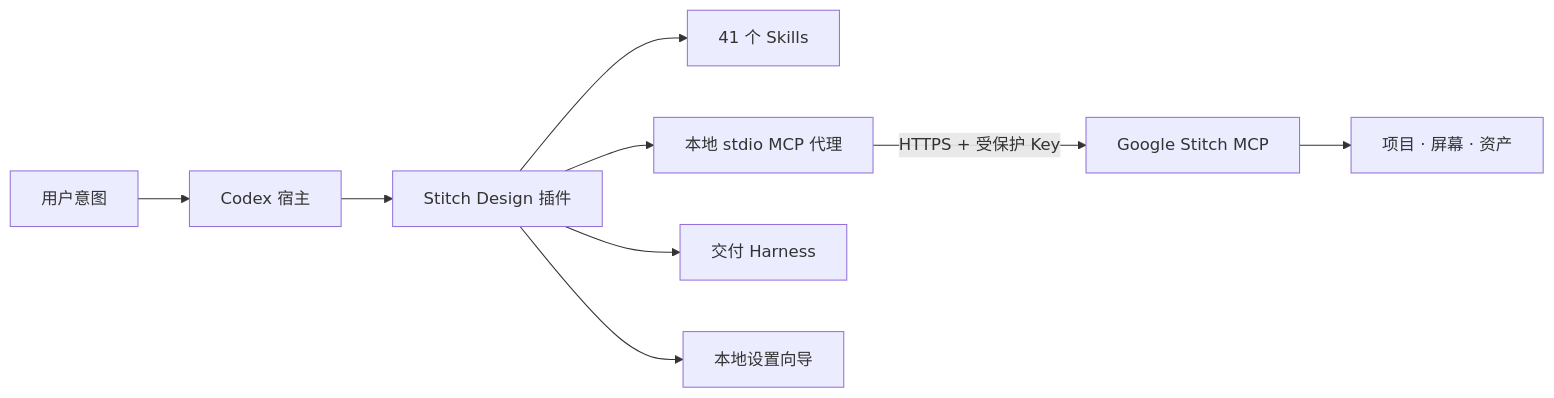
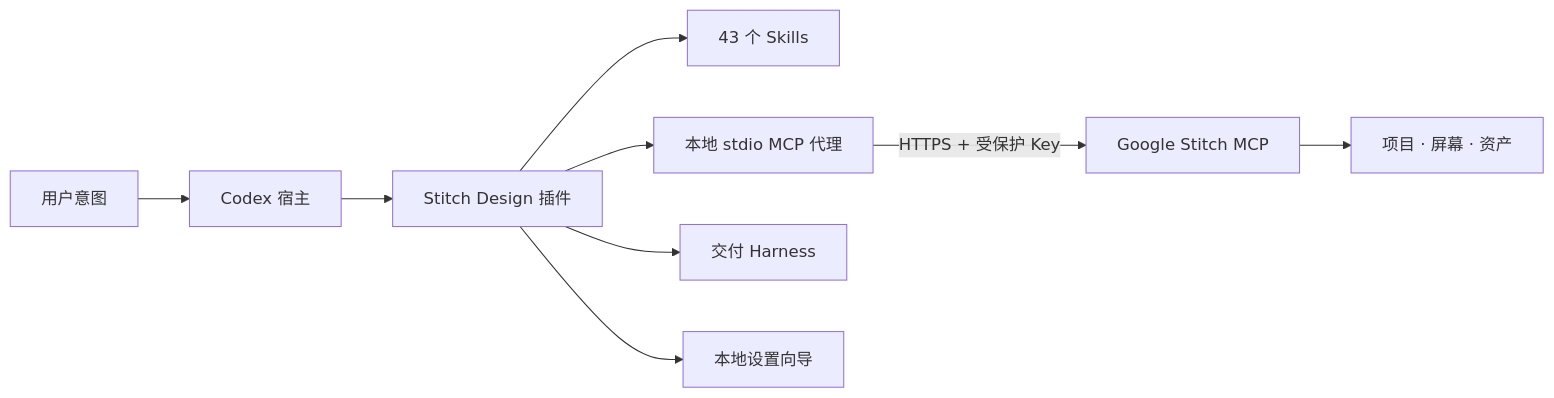
The first of 11 diagrams in docs/Stitch-Design-Architecture.zh_CN.md (full-stack-plugins/stitch-design-plugin), drawn with Mermaid before and after one commit. The commit also changed other lines of this file and 60 other files, not shown here.

````diff
--- a/docs/Stitch-Design-Architecture.zh_CN.md
+++ b/docs/Stitch-Design-Architecture.zh_CN.md
@@ -13,11 +13,11 @@
 ```mermaid
 flowchart LR
     U["用户意图"] --> C["Codex 宿主"]
     C --> P["Stitch Design 插件"]
-    P --> S["41 个 Skills"]
+    P --> S["43 个 Skills"]
     P --> M["本地 stdio MCP 代理"]
     P --> H["交付 Harness"]
     P --> W["本地设置向导"]
     M -->|"HTTPS + 受保护 Key"| G["Google Stitch MCP"]
     G --> D["项目 · 屏幕 · 资产"]
 ```
````
